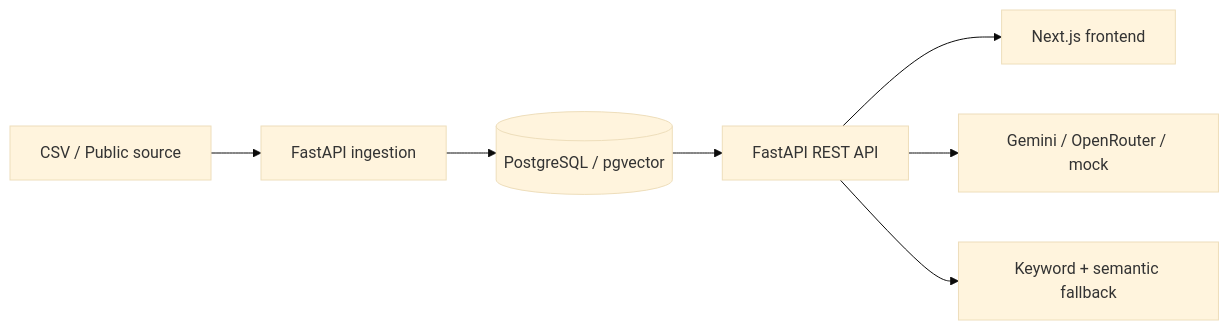
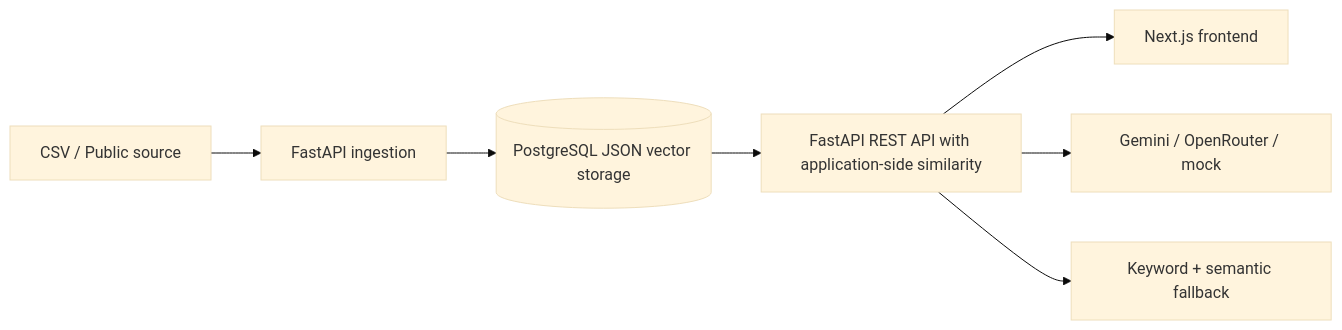
One commit to Praciller/thai-procurement-intelligence changed the diagram in README.md. Above: the diagram before and after it, drawn with Mermaid (base theme). The commit also changed other lines of this file, not shown here.

Commit message:
docs: clarify vector retrieval implementation
Squash merge the reviewed README-only correction: PostgreSQL JSON vector storage and application-side similarity, with no native pgvector implementation claim.

````diff
--- a/README.md
+++ b/README.md
@@ -49,9 +49,9 @@
 ```mermaid
 flowchart LR
   CSV["CSV / Public source"] --> Import["FastAPI ingestion"]
-  Import --> DB[("PostgreSQL / pgvector")]
-  DB --> API["FastAPI REST API"]
+  Import --> DB[("PostgreSQL JSON vector storage")]
+  DB --> API["FastAPI REST API with application-side similarity"]
   API --> Web["Next.js frontend"]
   API --> LLM["Gemini / OpenRouter / mock"]
   API --> Search["Keyword + semantic fallback"]
 ```
````
